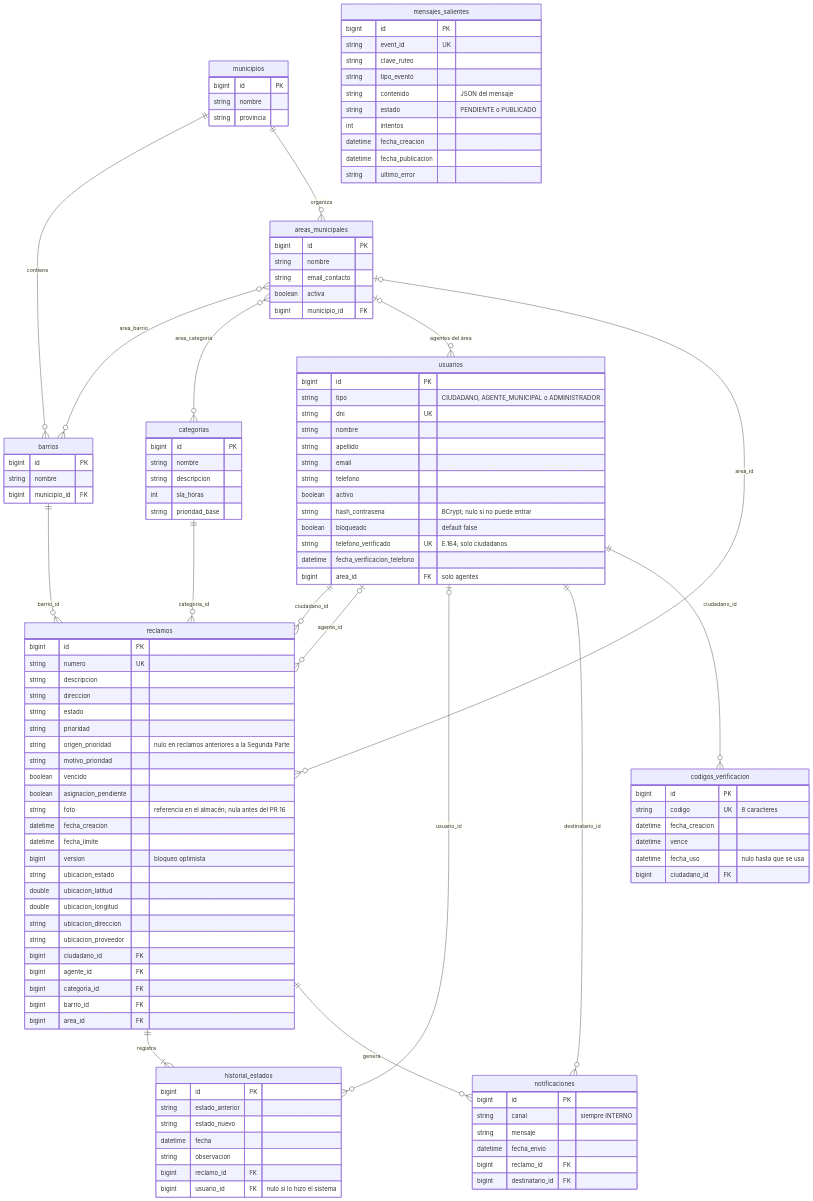
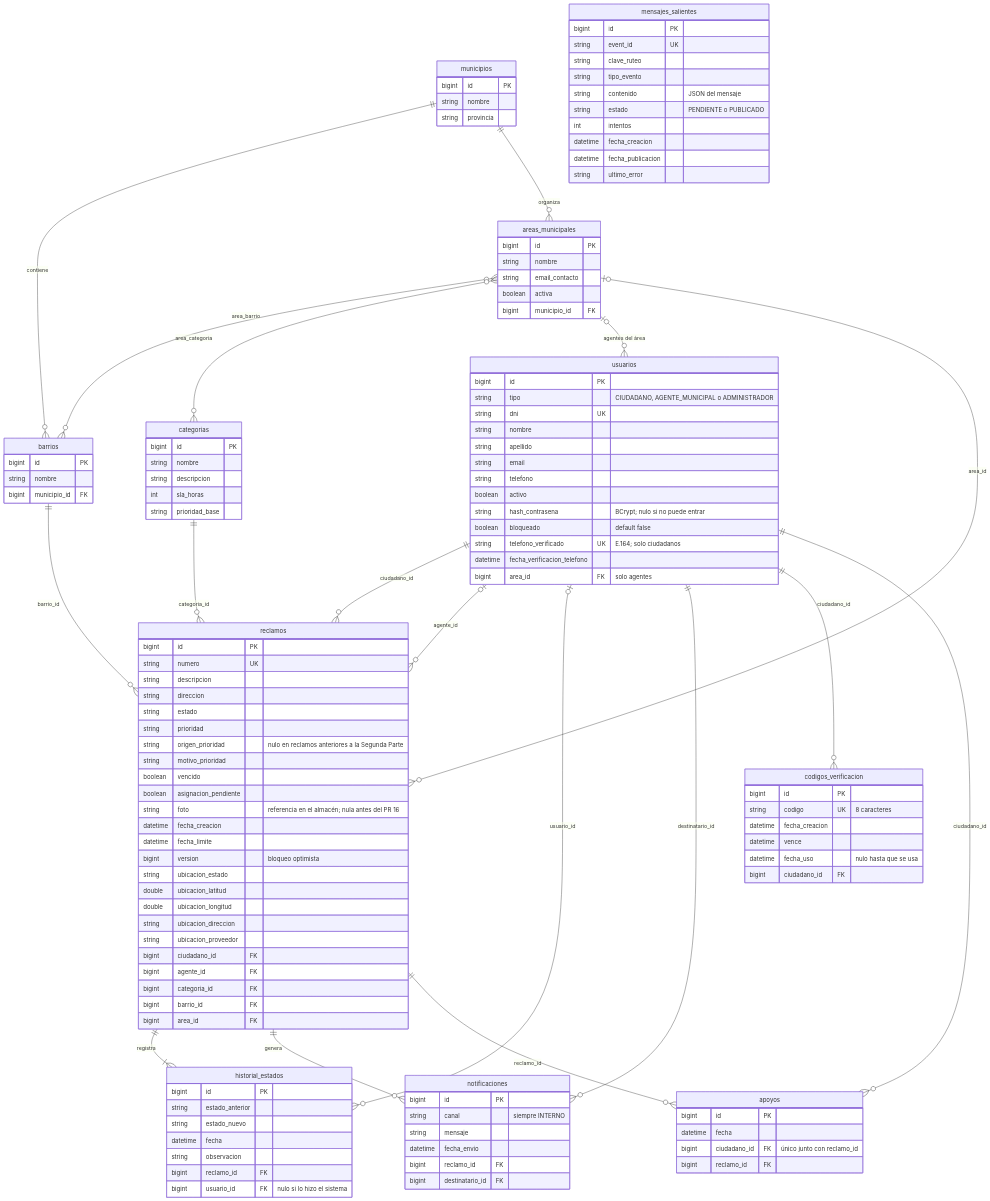
The second of 2 diagrams in docs/modelo-dominio.md (SanTegli/DesarrolloAppsIIGrupo10), drawn with Mermaid before and after one commit. The commit also changed other lines of this file and 51 other files, not shown here.

First line of the commit message:
feat: agregar posibles duplicados en el alta y apoyos a reclamos

```diff
--- a/docs/modelo-dominio.md
+++ b/docs/modelo-dominio.md
@@ -235,6 +247,8 @@
   reclamos ||--o{ notificaciones : genera
   usuarios ||--o{ notificaciones : "destinatario_id"
   usuarios ||--o{ codigos_verificacion : "ciudadano_id"
+  usuarios ||--o{ apoyos : "ciudadano_id"
+  reclamos ||--o{ apoyos : "reclamo_id"
 
   usuarios {
     bigint id PK
@@ -318,6 +332,12 @@
     bigint reclamo_id FK
     bigint destinatario_id FK
   }
+  apoyos {
+    bigint id PK
+    datetime fecha
+    bigint ciudadano_id FK "único junto con reclamo_id"
+    bigint reclamo_id FK
+  }
   codigos_verificacion {
     bigint id PK
     string codigo UK "8 caracteres"
```
